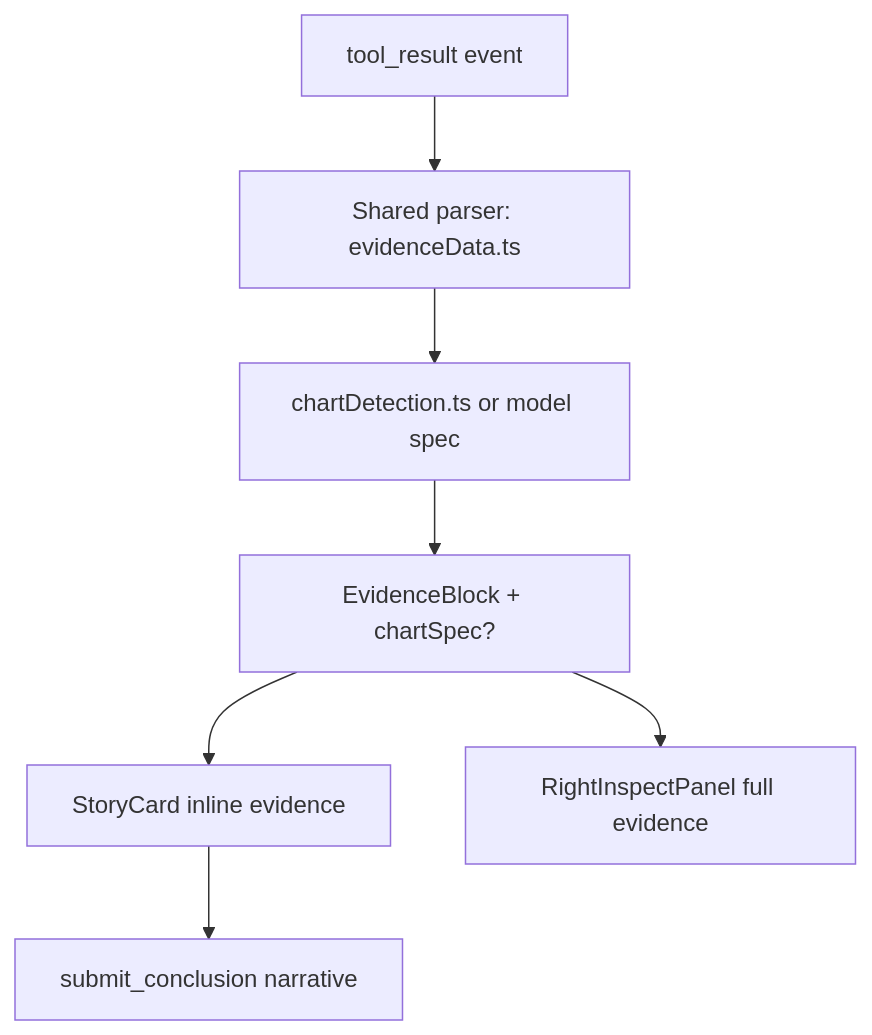
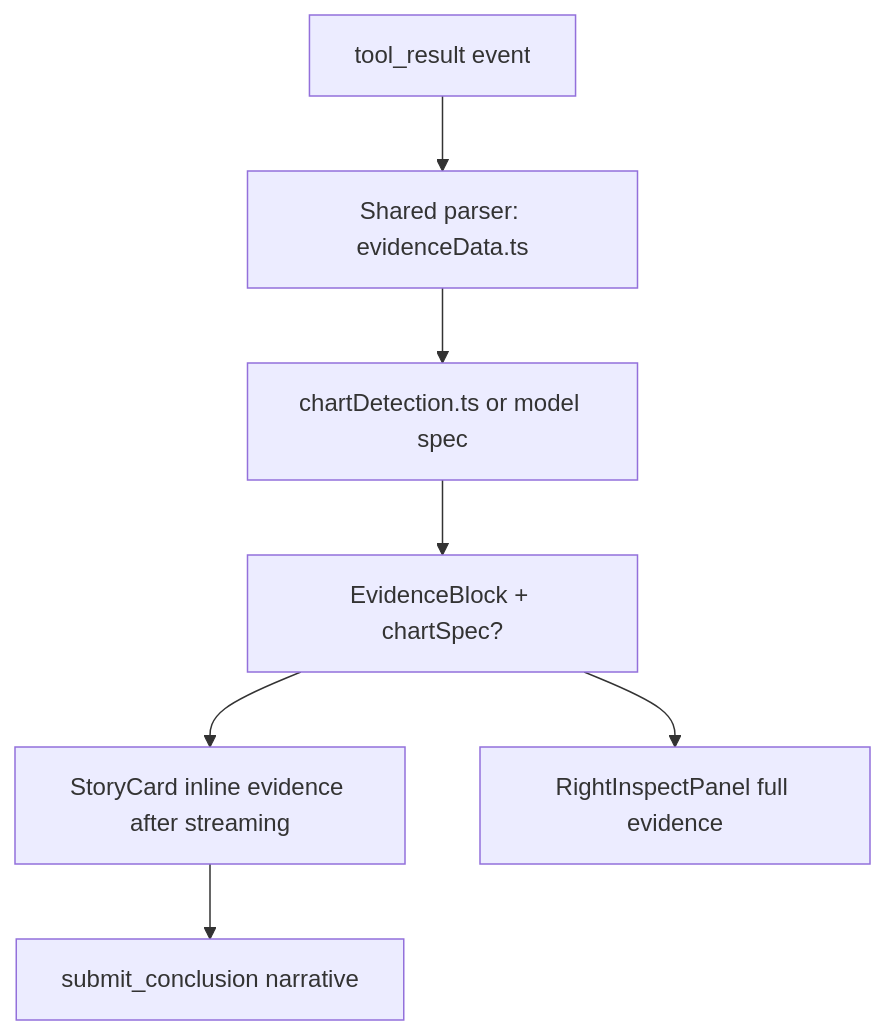
Before and after one commit to zhouhang-chn/databricks-ai-dev-kit: the diagram in docs/builder-app-oai/v0.3-visual-storytelling/design.md, drawn with Mermaid. The commit also changed other lines of this file and 5 other files, not shown here.

Commit message:
Hide streaming evidence from story cards

````diff
--- a/docs/builder-app-oai/v0.3-visual-storytelling/design.md
+++ b/docs/builder-app-oai/v0.3-visual-storytelling/design.md
@@ -94,15 +97,15 @@
 ```mermaid
 flowchart TD
   Event["tool_result event"]
   Parse["Shared parser: evidenceData.ts"]
   Detect["chartDetection.ts or model spec"]
   Evidence["EvidenceBlock + chartSpec?"]
-  Story["StoryCard inline evidence"]
+  Story["StoryCard inline evidence after streaming"]
   Inspect["RightInspectPanel full evidence"]
   Conclusion["submit_conclusion narrative"]
 
   Event --> Parse --> Detect --> Evidence
   Evidence --> Story
   Evidence --> Inspect
   Story --> Conclusion
 ```
````
